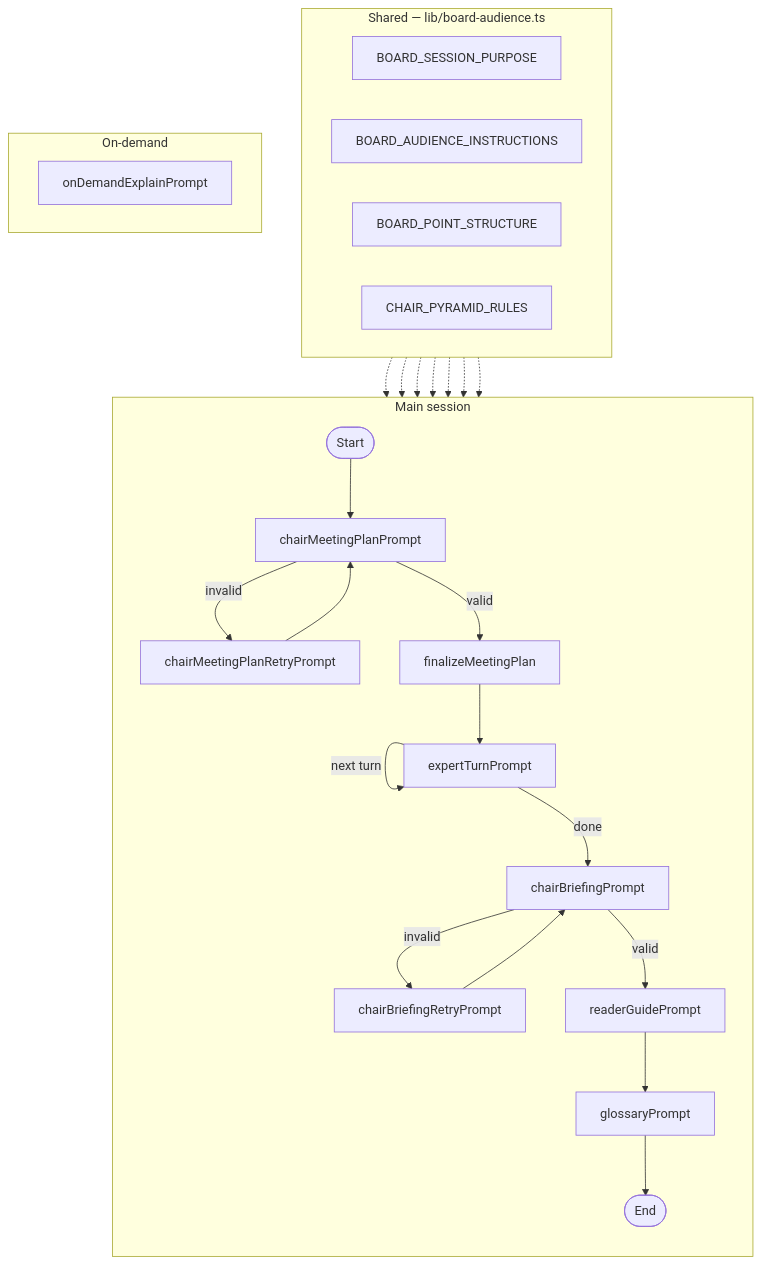
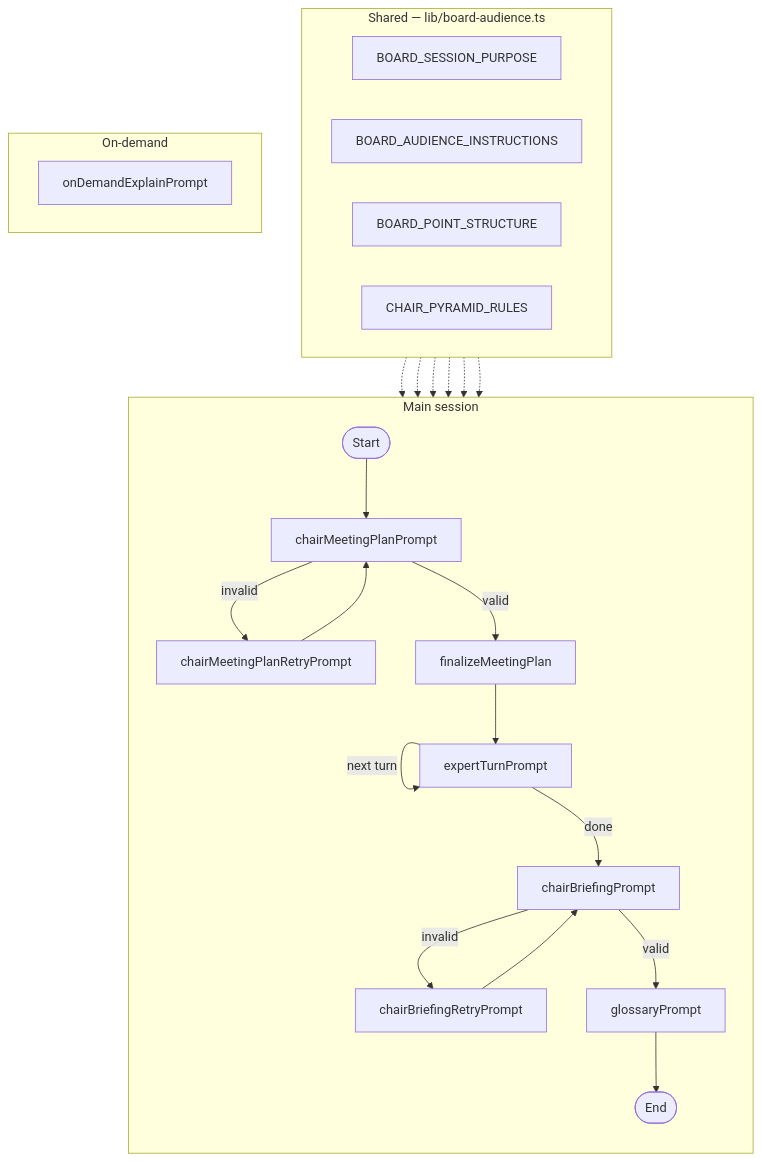
One commit to Alllann/boardai changed the third of 3 diagrams in docs/prompt-flow.md. Above: the diagram before and after it, drawn with Mermaid. The commit also changed other lines of this file and 36 other files, not shown here.

Commit message:
Revampted the UI to follow typical AI Chat UI, and added jump to bottom logic. Also removed reader guide

````diff
--- a/docs/prompt-flow.md
+++ b/docs/prompt-flow.md
@@ -72,44 +70,42 @@
 ```mermaid
 flowchart TB
   subgraph MAIN["Main session"]
     direction TB
     START(["Start"])
     PLAN["chairMeetingPlanPrompt"]
     PLAN_R["chairMeetingPlanRetryPrompt"]
     FIN["finalizeMeetingPlan"]
     EXPERT["expertTurnPrompt"]
     BRIEF["chairBriefingPrompt"]
     BRIEF_R["chairBriefingRetryPrompt"]
-    READER["readerGuidePrompt"]
     GLOSS["glossaryPrompt"]
     END(["End"])
 
     START --> PLAN
     PLAN -->|invalid| PLAN_R --> PLAN
     PLAN -->|valid| FIN --> EXPERT
     EXPERT -->|next turn| EXPERT
     EXPERT -->|done| BRIEF
     BRIEF -->|invalid| BRIEF_R --> BRIEF
-    BRIEF -->|valid| READER --> GLOSS --> END
+    BRIEF -->|valid| GLOSS --> END
   end
 
   subgraph SHARED["Shared — lib/board-audience.ts"]
     direction LR
     S1["BOARD_SESSION_PURPOSE"]
     S2["BOARD_AUDIENCE_INSTRUCTIONS"]
     S3["BOARD_POINT_STRUCTURE"]
     S4["CHAIR_PYRAMID_RULES"]
   end
 
   subgraph OD["On-demand"]
     EXPLAIN["onDemandExplainPrompt"]
   end
 
   S1 -.-> PLAN
   S1 -.-> BRIEF
   S2 -.-> EXPERT
   S2 -.-> BRIEF
-  S2 -.-> READER
   S3 -.-> EXPERT
   S4 -.-> BRIEF
 ```
````
